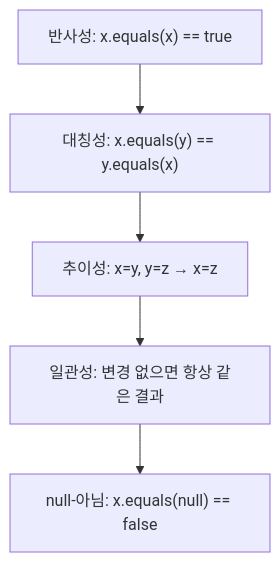
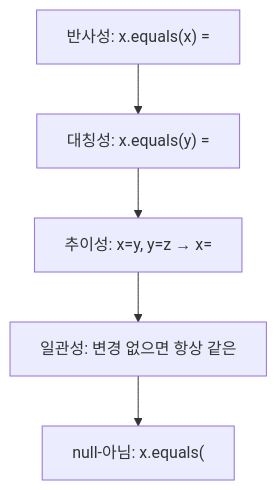
One commit to yjkim2015/yjkim2015.github.io changed the first of 4 diagrams in _posts/effective_java/2026-05-03-effective-java-common-methods.md. Above: the diagram before and after it, drawn with Mermaid. The commit also changed other lines of this file and 271 other files, not shown here.

First line of the commit message:
Mermaid 라벨 축소: 긴 노드 텍스트 18자 이하로 트림 + \n 제거

````diff
--- a/_posts/effective_java/2026-05-03-effective-java-common-methods.md
+++ b/_posts/effective_java/2026-05-03-effective-java-common-methods.md
@@ -32,7 +32,7 @@
 ```mermaid
 flowchart TD
-    A["반사성: x.equals(x) == true"] --> B["대칭성: x.equals(y) == y.equals(x)"]
-    B --> C["추이성: x=y, y=z → x=z"]
-    C --> D["일관성: 변경 없으면 항상 같은 결과"]
-    D --> E["null-아님: x.equals(null) == false"]
+    A["반사성: x.equals(x) ="] --> B["대칭성: x.equals(y) ="]
+    B --> C["추이성: x=y, y=z → x="]
+    C --> D["일관성: 변경 없으면 항상 같은"]
+    D --> E["null-아님: x.equals("]
 ```
````
